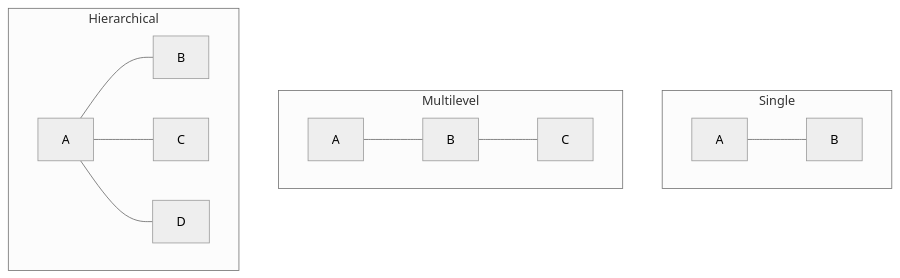
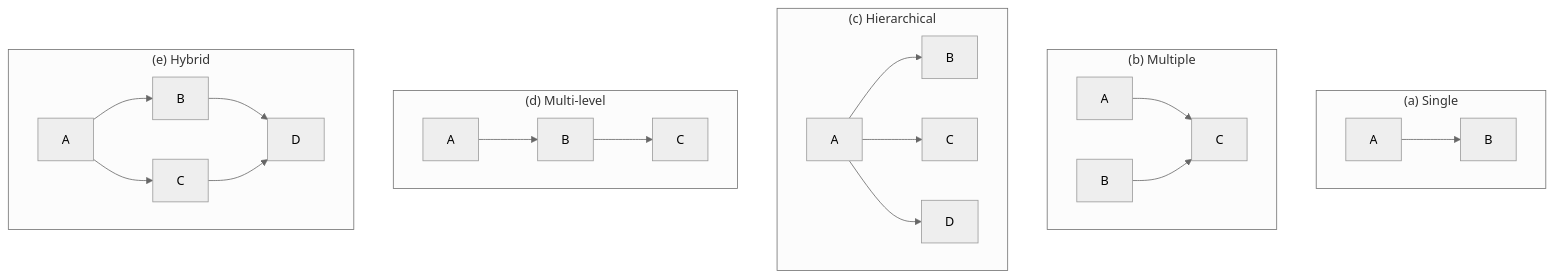
Before and after one commit to dwaidatta/kgec-cse-resources: the fourth of 12 diagrams in docs/semester-5/PCC-CS-503.md, drawn with Mermaid (neutral theme). The commit also changed other lines of this file and 2 other files, not shown here.

````diff
--- a/docs/semester-5/PCC-CS-503.md
+++ b/docs/semester-5/PCC-CS-503.md
@@ -795,14 +863,24 @@
 ```mermaid
 flowchart TB
-    subgraph Single
-        A1[A] --- B1[B]
+    subgraph S["(a) Single"]
+        A1[A] --> B1[B]
     end
-    subgraph Multilevel
-        A2[A] --- B2[B] --- C2[C]
+    subgraph M["(b) Multiple"]
+        A2[A] --> C2[C]
+        B2[B] --> C2
     end
-    subgraph Hierarchical
-        A3[A] --- B3[B]
-        A3 --- C3[C]
-        A3 --- D3[D]
+    subgraph H["(c) Hierarchical"]
+        A3[A] --> B3[B]
+        A3 --> C3[C]
+        A3 --> D3[D]
+    end
+    subgraph ML["(d) Multi-level"]
+        A4[A] --> B4[B] --> C4[C]
+    end
+    subgraph HY["(e) Hybrid"]
+        A5[A] --> B5[B]
+        A5 --> C5[C]
+        B5 --> D5[D]
+        C5 --> D5
     end
 ```
````
